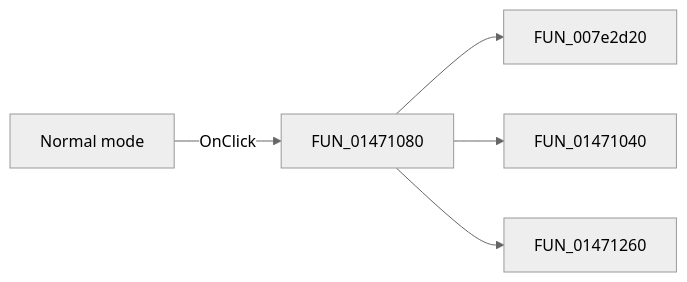
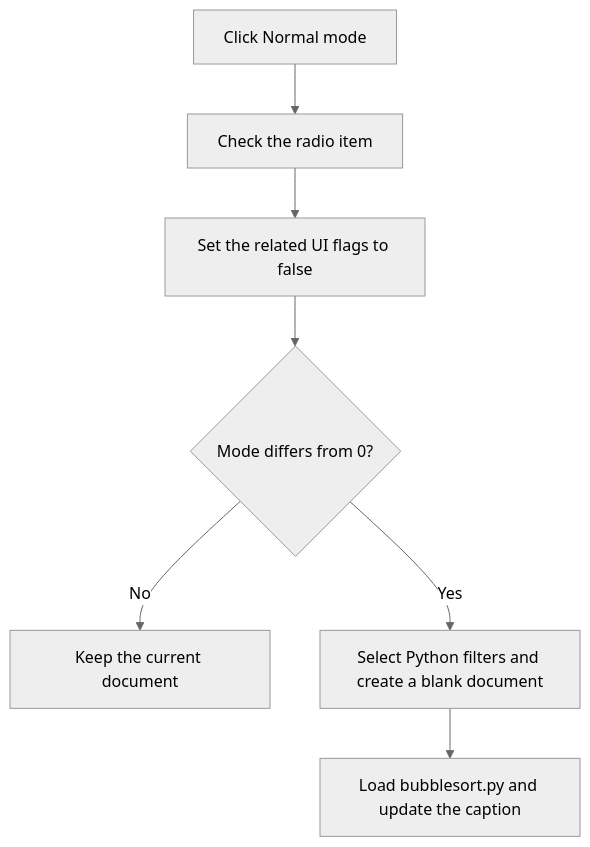
One commit to MovGP0/TIARA changed the diagram in docs/ui-controls/pymainform/mnbacktomain-4e4ffa93b6.md. Above: the diagram before and after it, drawn with Mermaid (neutral theme). The commit also changed other lines of this file and 1062 other files, not shown here.

````diff
--- a/docs/ui-controls/pymainform/mnbacktomain-4e4ffa93b6.md
+++ b/docs/ui-controls/pymainform/mnbacktomain-4e4ffa93b6.md
@@ -27,7 +29,9 @@
 ```mermaid
-flowchart LR
-    control["Normal mode"] -->|OnClick| handler["FUN_01471080"]
-    handler --> call1["FUN_007e2d20"]
-    handler --> call2["FUN_01471040"]
-    handler --> call3["FUN_01471260"]
+flowchart TD
+    control["Click Normal mode"] --> check["Check the radio item"]
+    check --> flags["Set the related UI flags to false"]
+    flags --> changed{"Mode differs from 0?"}
+    changed -->|No| noAction["Keep the current document"]
+    changed -->|Yes| configure["Select Python filters and create a blank document"]
+    configure --> sample["Load bubblesort.py and update the caption"]
 ```
````
